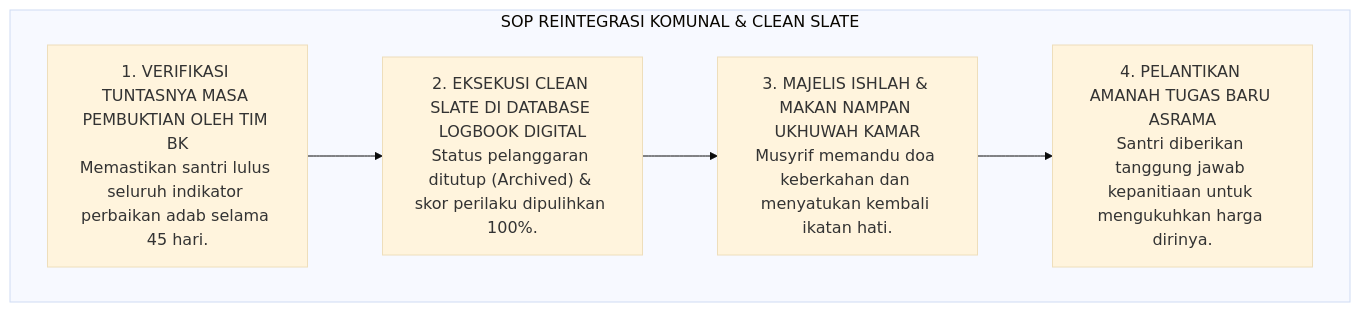
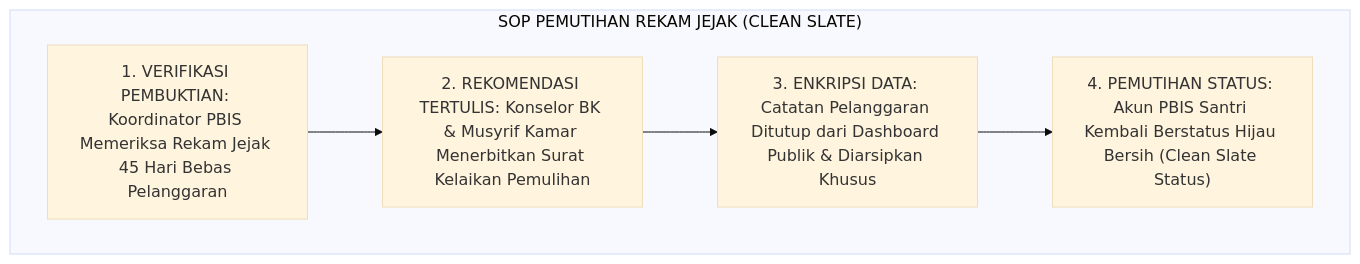
The third of 3 diagrams in 02 Principles/06 Intervention Principles/P2-06-06-Prinsip-Reintegrasi-dan-Pemulihan-Stigma-Santri-Pasca-Pelanggaran.md (wandiapriliyandi/tumbuh), drawn with Mermaid (base theme) before and after one commit. The commit also changed other lines of this file and 7 other files, not shown here.

````diff
--- a/02 Principles/06 Intervention Principles/P2-06-06-Prinsip-Reintegrasi-dan-Pemulihan-Stigma-Santri-Pasca-Pelanggaran.md
+++ b/02 Principles/06 Intervention Principles/P2-06-06-Prinsip-Reintegrasi-dan-Pemulihan-Stigma-Santri-Pasca-Pelanggaran.md
@@ -185,14 +146,9 @@
 ```mermaid
 flowchart TD
-    subgraph SOPReintegrasiKomunalTUMBUH["SOP REINTEGRASI KOMUNAL & CLEAN SLATE"]
-        VerifikasiTuntas["1. VERIFIKASI TUNTASNYA MASA PEMBUKTIAN OLEH TIM BK<br/>Memastikan santri lulus seluruh indikator perbaikan adab selama 45 hari."]
-        
-        ResetDatabase["2. EKSEKUSI CLEAN SLATE DI DATABASE LOGBOOK DIGITAL<br/>Status pelanggaran ditutup (Archived) & skor perilaku dipulihkan 100%."]
-        
-        MajelisKamar["3. MAJELIS ISHLAH & MAKAN NAMPAN UKHUWAH KAMAR<br/>Musyrif memandu doa keberkahan dan menyatukan kembali ikatan hati."]
-        
-        PemberianAmanah["4. PELANTIKAN AMANAH TUGAS BARU ASRAMA<br/>Santri diberikan tanggung jawab kepanitiaan untuk mengukuhkan harga dirinya."]
-        
-        VerifikasiTuntas --> ResetDatabase --> MajelisKamar --> PemberianAmanah
+    subgraph SOPCleanSlateExpungement["SOP PEMUTIHAN REKAM JEJAK (CLEAN SLATE)"]
+        VerifikasiMasaProbasi["1. VERIFIKASI PEMBUKTIAN: Koordinator PBIS Memeriksa Rekam Jejak 45 Hari Bebas Pelanggaran"]
+        --> RekomendasiKonselor["2. REKOMENDASI TERTULIS: Konselor BK & Musyrif Kamar Menerbitkan Surat Kelaikan Pemulihan"]
+        --> PengarsipanTertutup["3. ENKRIPSI DATA: Catatan Pelanggaran Ditutup dari Dashboard Publik & Diarsipkan Khusus"]
+        --> PenerbitanRaporBersih["4. PEMUTIHAN STATUS: Akun PBIS Santri Kembali Berstatus Hijau Bersih (Clean Slate Status)"]
     end
 ```
````
